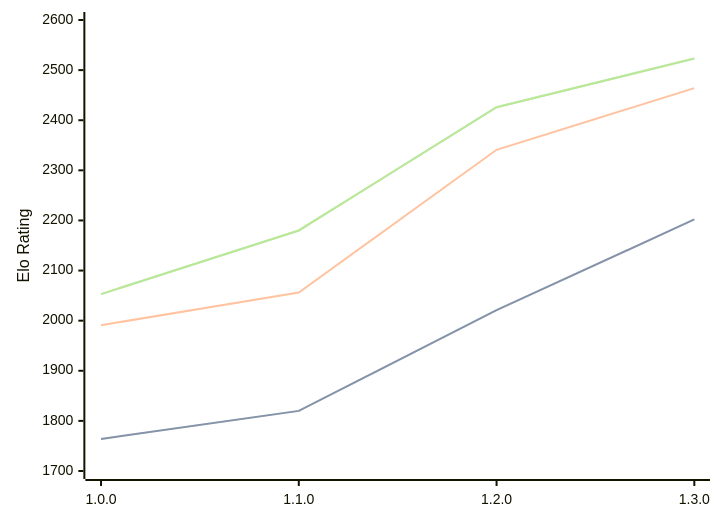
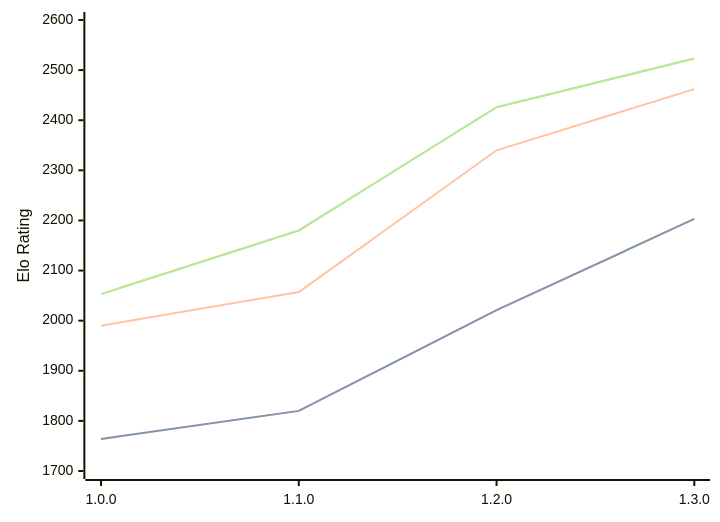
One commit to computer-chess-index/cci changed the diagram in engines/Anodos.md. Above: the diagram before and after it, drawn with Mermaid. The commit also changed other lines of this file, not shown here.

````diff
--- a/engines/Anodos.md
+++ b/engines/Anodos.md
@@ -45,11 +45,11 @@
 ```mermaid
 %%{init: {"theme":"base","themeVariables":{"seriesColors:['#a3a3a3','#222221','#faa371']}}}%%
 xychart-beta
   x-axis ["1.0.0", "1.1.0", "1.2.0", "1.3.0"]
   y-axis "Elo Rating" 1700 --> 2600
-  line "STC (8.0+0.08s)" [1764, 1820, 2021, 2202]
-  line "STC (8.0+0.08s)" [1764, 1820, 2021, 2202]
-  line "LTC (60.0+0.60s)" [1991, 2056, 2341, 2464]
+  line "STC (8.0+0.08s)" [1764, 1820, 2021, 2203]
+  line "STC (8.0+0.08s)" [1764, 1820, 2021, 2203]
+  line "LTC (60.0+0.60s)" [1990, 2057, 2340, 2462]
   line "VLTC (2m24s+1.12s)" [2053, 2180, 2426, 2523]
   line "VLTC (2m24s+1.12s)" [2053, 2180, 2426, 2523]
 ```
````
